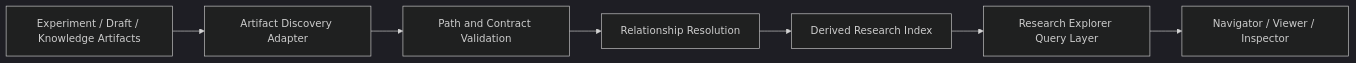
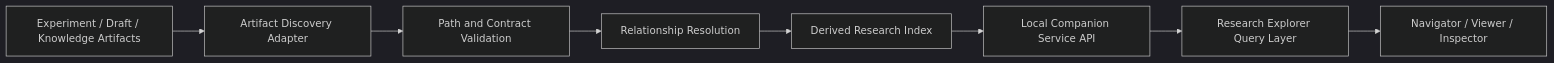
The second of 3 diagrams in docs/research/research-explorer-design.md (whatrune/sd-prompt-studio), drawn with Mermaid (dark theme) before and after one commit. The commit also changed other lines of this file, not shown here.

Commit message:
Define Research Explorer runtime boundaries

````diff
--- a/docs/research/research-explorer-design.md
+++ b/docs/research/research-explorer-design.md
@@ -159,9 +165,10 @@
 ```mermaid
 flowchart LR
     A["Experiment / Draft / Knowledge Artifacts"] --> B["Artifact Discovery Adapter"]
     B --> C["Path and Contract Validation"]
     C --> D["Relationship Resolution"]
     D --> E["Derived Research Index"]
-    E --> F["Research Explorer Query Layer"]
-    F --> G["Navigator / Viewer / Inspector"]
+    E --> F["Local Companion Service API"]
+    F --> G["Research Explorer Query Layer"]
+    G --> H["Navigator / Viewer / Inspector"]
 ```
````
